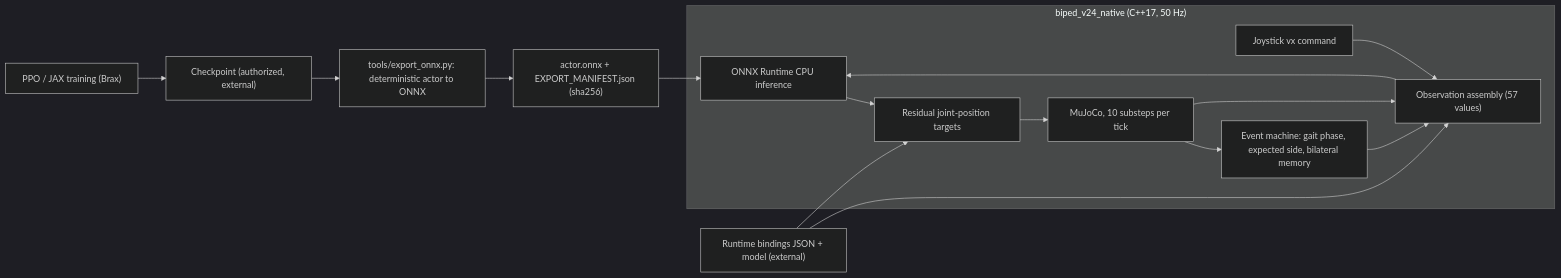
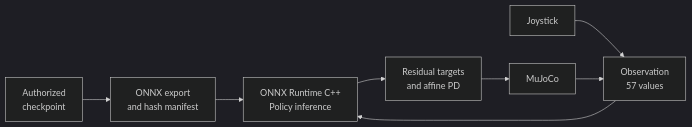
The diagram in docs/native_deployment.md (GokturkCan/biped-locomotion-ppo), drawn with Mermaid (dark theme) before and after one commit. The commit also changed other lines of this file and 5 other files, not shown here.

````diff
--- a/docs/native_deployment.md
+++ b/docs/native_deployment.md
@@ -14,18 +14,8 @@
 ```mermaid
 flowchart LR
-    A["PPO / JAX training (Brax)"] --> B["Checkpoint (authorized, external)"]
-    B --> C["tools/export_onnx.py: deterministic actor to ONNX"]
-    C --> D["actor.onnx + EXPORT_MANIFEST.json (sha256)"]
-    subgraph RT["biped_v24_native (C++17, 50 Hz)"]
-        G["Joystick vx command"] --> O["Observation assembly (57 values)"]
-        E["Event machine: gait phase, expected side, bilateral memory"] --> O
-        O --> P["ONNX Runtime CPU inference"]
-        P --> T["Residual joint-position targets"]
-        T --> S["MuJoCo, 10 substeps per tick"]
-        S --> E
-        S --> O
-    end
-    D --> P
-    X["Runtime bindings JSON + model (external)"] --> O
-    X --> T
+    C["Authorized<br/>checkpoint"] --> E["ONNX export<br/>and hash manifest"]
+    E --> P["ONNX Runtime C++<br/>Policy inference"]
+    J["Joystick"] --> O["Observation<br/>57 values"] --> P
+    P --> T["Residual targets<br/>and affine PD"] --> S["MuJoCo"]
+    S --> O
 ```
````
